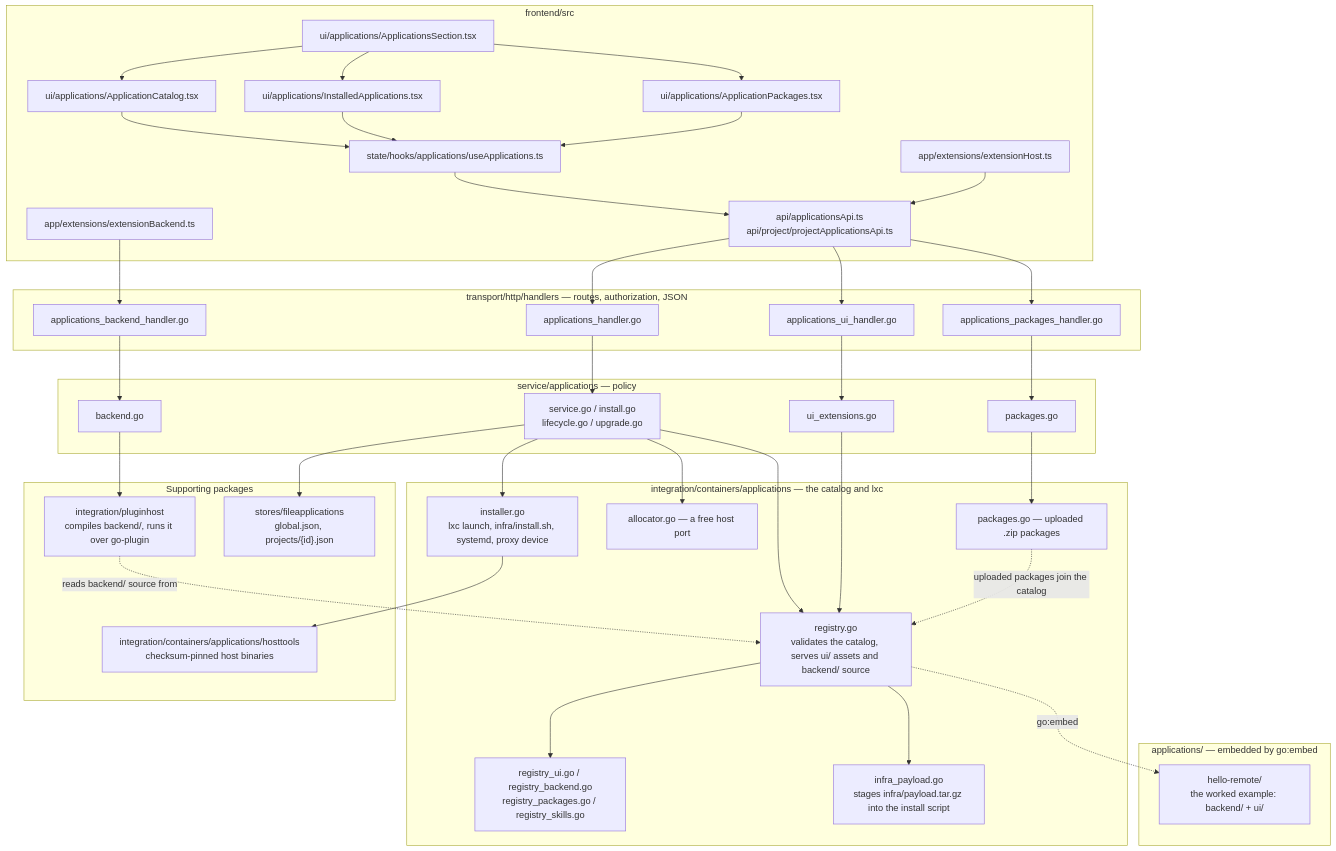
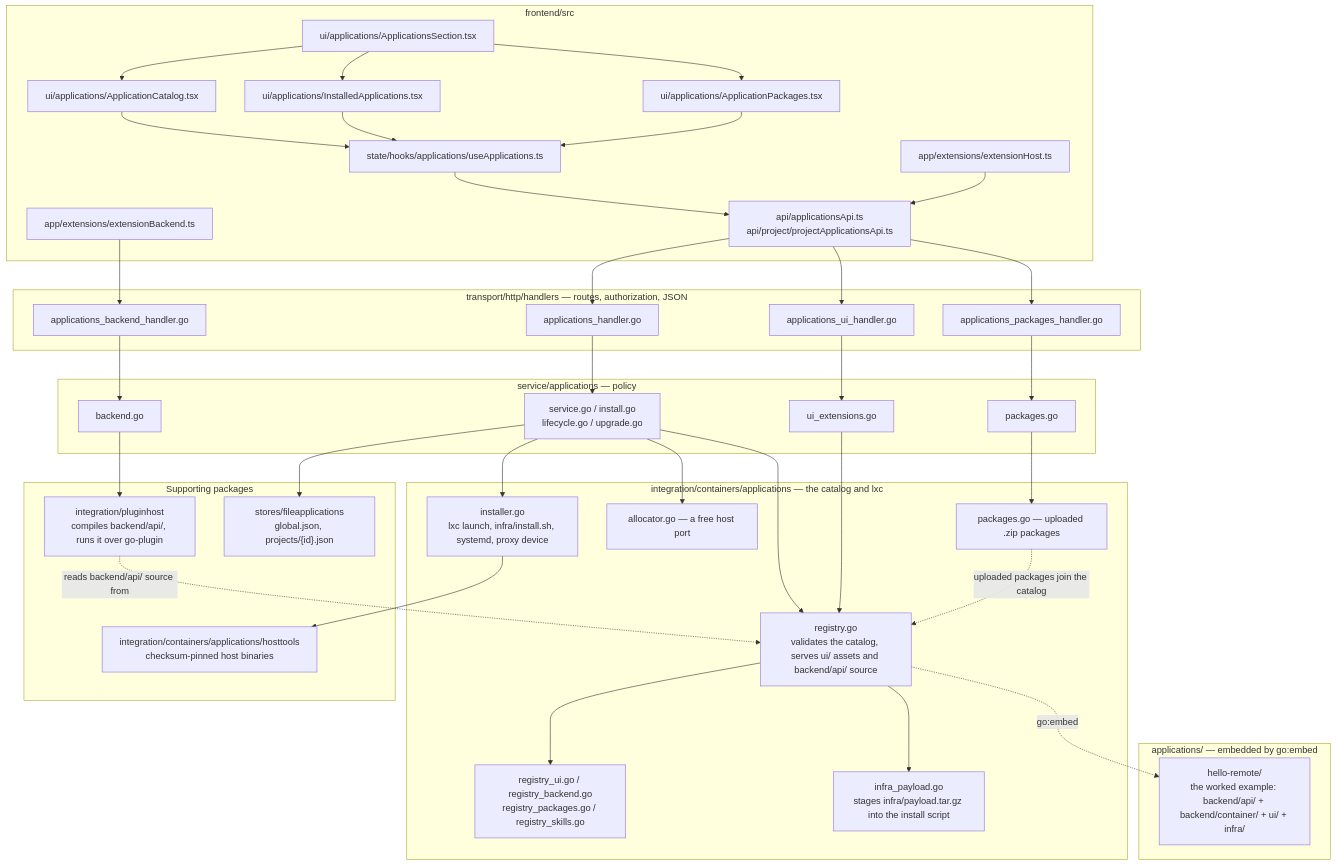
The first of 2 diagrams in docs/dev/installable-applications/01-overview.md (Ahmedwaleed22/remote.futrx), drawn with Mermaid before and after one commit. The commit also changed other lines of this file and 7 other files, not shown here.

````diff
--- a/docs/dev/installable-applications/01-overview.md
+++ b/docs/dev/installable-applications/01-overview.md
@@ -97,79 +97,79 @@
 ```mermaid
 flowchart TB
     subgraph Frontend["frontend/src"]
         FE_Section["ui/applications/ApplicationsSection.tsx"]
         FE_Catalog["ui/applications/ApplicationCatalog.tsx"]
         FE_Installed["ui/applications/InstalledApplications.tsx"]
         FE_Packages["ui/applications/ApplicationPackages.tsx"]
         FE_Hook["state/hooks/applications/useApplications.ts"]
         FE_Api["api/applicationsApi.ts<br/>api/project/projectApplicationsApi.ts"]
         FE_ExtHost["app/extensions/extensionHost.ts"]
         FE_ExtBackend["app/extensions/extensionBackend.ts"]
     end
 
     subgraph HTTP["transport/http/handlers — routes, authorization, JSON"]
         H_Main["applications_handler.go"]
         H_UI["applications_ui_handler.go"]
         H_Backend["applications_backend_handler.go"]
         H_Packages["applications_packages_handler.go"]
     end
 
     subgraph Service["service/applications — policy"]
         S_Service["service.go / install.go<br/>lifecycle.go / upgrade.go"]
         S_UIExt["ui_extensions.go"]
         S_Backend["backend.go"]
         S_Packages["packages.go"]
     end
 
     subgraph Integration["integration/containers/applications — the catalog and lxc"]
-        I_Registry["registry.go<br/>validates the catalog, serves ui/ assets and backend/ source"]
+        I_Registry["registry.go<br/>validates the catalog, serves ui/ assets and backend/api/ source"]
         I_RegParts["registry_ui.go / registry_backend.go<br/>registry_packages.go / registry_skills.go"]
         I_Payload["infra_payload.go<br/>stages infra/payload.tar.gz into the install script"]
         I_Installer["installer.go<br/>lxc launch, infra/install.sh, systemd, proxy device"]
         I_Allocator["allocator.go — a free host port"]
         I_Packages["packages.go — uploaded .zip packages"]
     end
 
     subgraph Support["Supporting packages"]
-        P_PluginHost["integration/pluginhost<br/>compiles backend/, runs it over go-plugin"]
+        P_PluginHost["integration/pluginhost<br/>compiles backend/api/, runs it over go-plugin"]
         P_FileApps["stores/fileapplications<br/>global.json, projects/{id}.json"]
         P_HostTools["integration/containers/applications/hosttools<br/>checksum-pinned host binaries"]
     end
 
     subgraph Catalog["applications/ — embedded by go:embed"]
-        C_Hello["hello-remote/<br/>the worked example: backend/ + ui/"]
+        C_Hello["hello-remote/<br/>the worked example: backend/api/ + backend/container/ + ui/ + infra/"]
     end
 
     FE_Section --> FE_Catalog
     FE_Section --> FE_Installed
     FE_Section --> FE_Packages
     FE_Catalog --> FE_Hook
     FE_Installed --> FE_Hook
     FE_Packages --> FE_Hook
     FE_Hook --> FE_Api
     FE_ExtHost --> FE_Api
     FE_Api --> H_Main
     FE_Api --> H_UI
     FE_Api --> H_Packages
     FE_ExtBackend --> H_Backend
 
     H_Main --> S_Service
     H_UI --> S_UIExt
     H_Backend --> S_Backend
     H_Packages --> S_Packages
 
     S_Service --> I_Registry
     S_Service --> I_Installer
     S_Service --> I_Allocator
     S_Service --> P_FileApps
     S_UIExt --> I_Registry
     S_Backend --> P_PluginHost
     S_Packages --> I_Packages
 
     I_Registry --> I_RegParts
     I_Registry --> I_Payload
     I_Registry -. go:embed .-> C_Hello
     I_Installer --> P_HostTools
     I_Packages -. uploaded packages join the catalog .-> I_Registry
-    P_PluginHost -. reads backend/ source from .-> I_Registry
+    P_PluginHost -. reads backend/api/ source from .-> I_Registry
 ```
````
